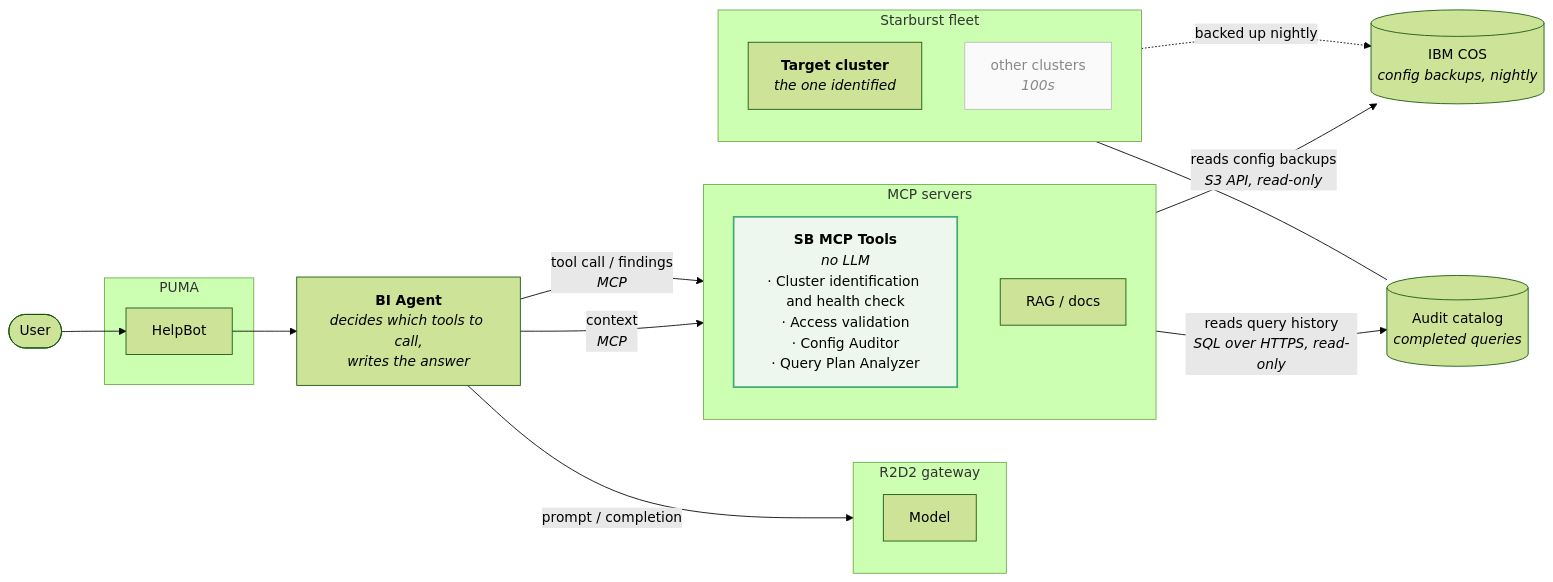
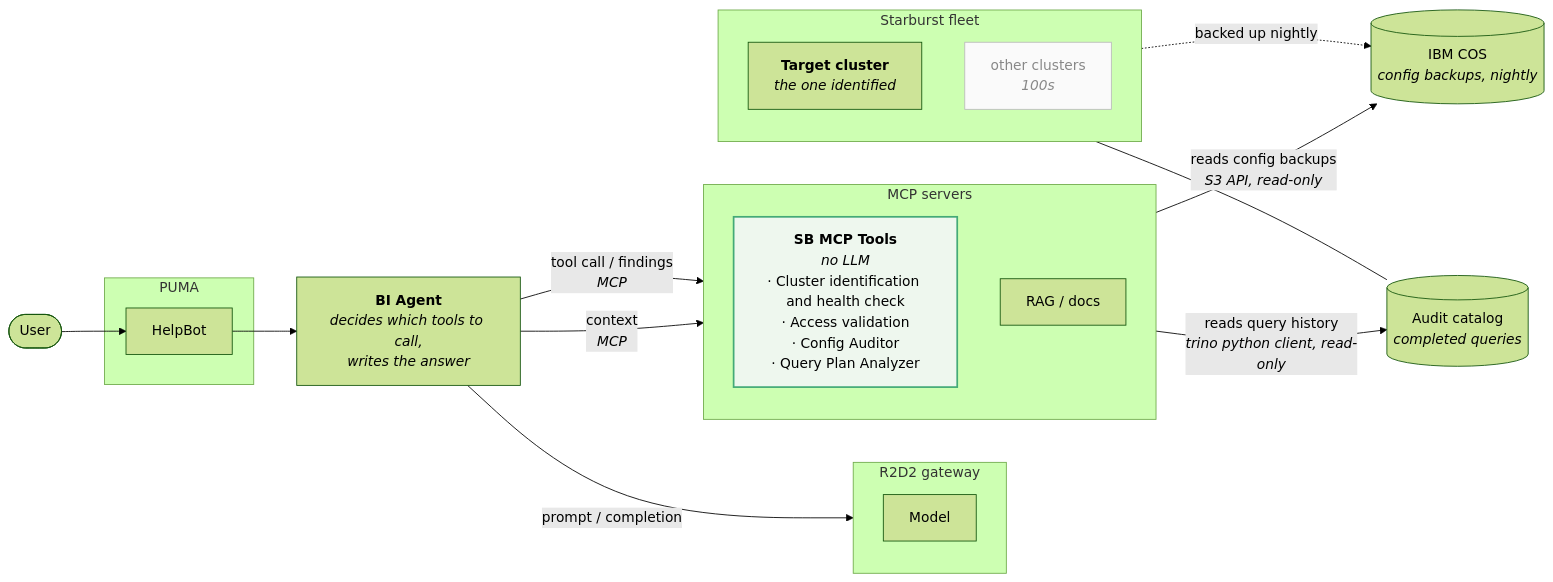
The first of 8 diagrams in architecture.md (gopinathnelluri/sb-agent), drawn with Mermaid (forest theme) before and after one commit.

Commit message:
Name the client on the audit arrow
"SQL over HTTPS" described the wire; the useful fact is which library the
adapter actually uses, since that is what someone reaches for when they go
looking. It is the trino python client (`trino>=0.336`), imported lazily so
the module can be imported without opening a connection or reading a
credential.

Claude-Session: https://claude.ai/code/session_01UpscgZndV5FhArUu8phB3n

````diff
--- a/architecture.md
+++ b/architecture.md
@@ -15,44 +15,44 @@
 ```mermaid
 flowchart LR
     user(["User"])
 
     subgraph puma["PUMA"]
         chat["HelpBot"]
     end
 
     agent["<b>BI Agent</b><br/><i>decides which tools to call,<br/>writes the answer</i>"]
 
     subgraph r2d2["R2D2 gateway"]
         model["Model"]
     end
 
     subgraph mcps["MCP servers"]
         direction TB
         sb["<b>SB MCP Tools</b><br/><i>no LLM</i><br/>· Cluster identification and health check<br/>· Access validation<br/>· Config Auditor<br/>· Query Plan Analyzer"]
         rag["RAG / docs"]
     end
 
     subgraph fleet["Starburst fleet"]
         direction TB
         target["<b>Target cluster</b><br/><i>the one identified</i>"]
         others["other clusters<br/><i>100s</i>"]
     end
 
     cos[("IBM COS<br/><i>config backups, nightly</i>")]
     audit[("Audit catalog<br/><i>completed queries</i>")]
 
     user --> chat
     chat --> agent
     agent -->|"prompt / completion"| r2d2
     agent -->|"tool call / findings<br/><i>MCP</i>"| sb
     agent -->|"context<br/><i>MCP</i>"| rag
     sb -->|"reads config backups<br/><i>S3 API, read-only</i>"| cos
-    sb -->|"reads query history<br/><i>SQL over HTTPS, read-only</i>"| audit
+    sb -->|"reads query history<br/><i>trino python client, read-only</i>"| audit
     fleet -.->|"backed up nightly"| cos
     target --- audit
 
     classDef mine fill:#eef7ee,stroke:#4a7,stroke-width:2px
     classDef dim fill:#fafafa,stroke:#bbb,color:#888
     class sb mine
     class others dim
 ```
````
